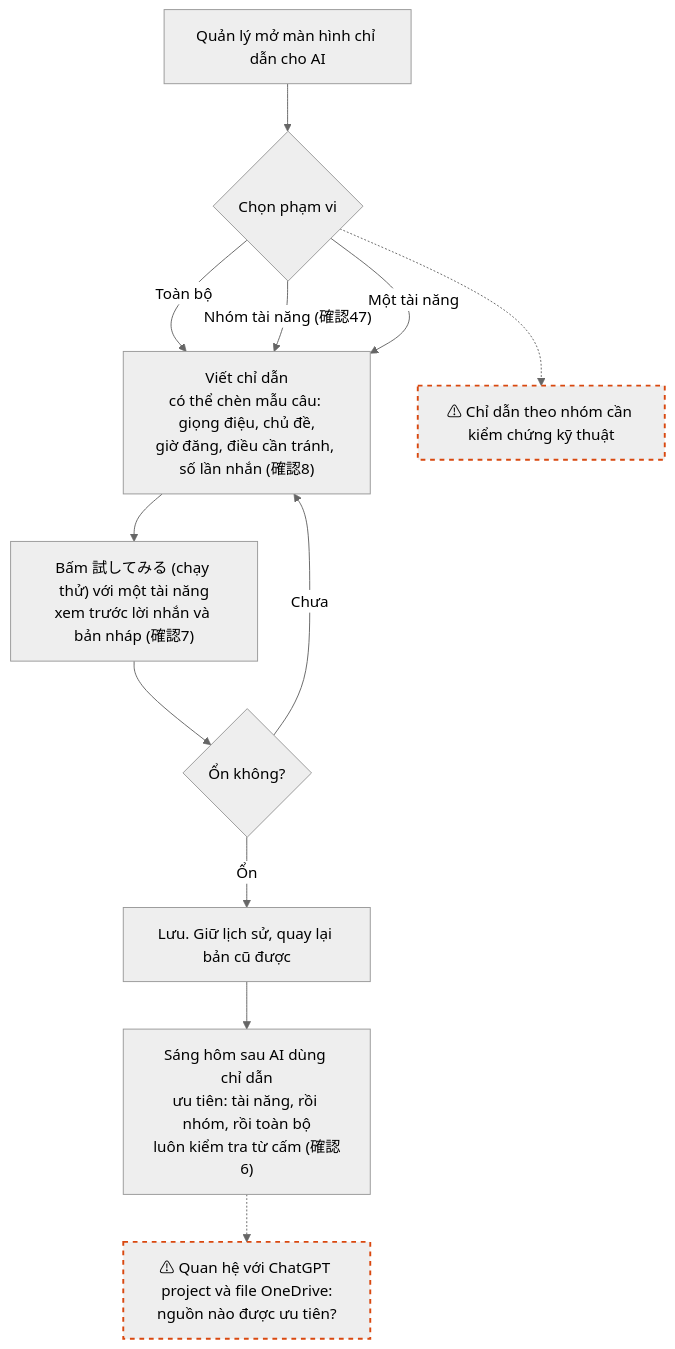
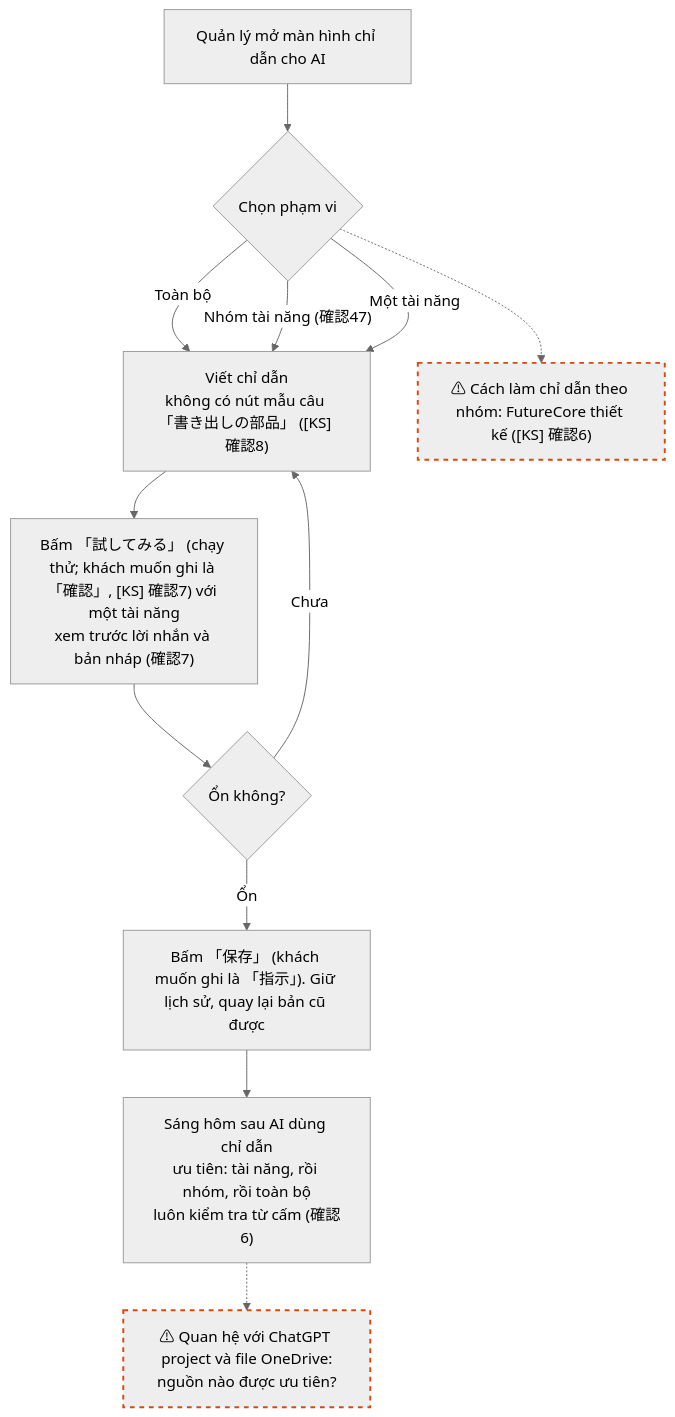
One commit to hailt-amcolab/ai_talent_os_docs changed diagram 11 of 11 in Phan_tich/06_Workflow.md. Above: the diagram before and after it, drawn with Mermaid (neutral theme). The commit also changed other lines of this file and 188 other files, not shown here.

````diff
--- a/Phan_tich/06_Workflow.md
+++ b/Phan_tich/06_Workflow.md
@@ -447,16 +465,16 @@
 ```mermaid
 flowchart TD
   A["Quản lý mở màn hình chỉ dẫn cho AI"] --> B{"Chọn phạm vi"}
   B -- "Toàn bộ" --> C
   B -- "Nhóm tài năng (確認47)" --> C
   B -- "Một tài năng" --> C
-  C["Viết chỉ dẫn<br/>có thể chèn mẫu câu: giọng điệu, chủ đề,<br/>giờ đăng, điều cần tránh, số lần nhắn (確認8)"] --> D["Bấm 試してみる (chạy thử) với một tài năng<br/>xem trước lời nhắn và bản nháp (確認7)"]
+  C["Viết chỉ dẫn<br/>không có nút mẫu câu 「書き出しの部品」 ([KS] 確認8)"] --> D["Bấm 「試してみる」 (chạy thử; khách muốn ghi là 「確認」, [KS] 確認7) với một tài năng<br/>xem trước lời nhắn và bản nháp (確認7)"]
   D --> E{"Ổn không?"}
   E -- "Chưa" --> C
-  E -- "Ổn" --> F["Lưu. Giữ lịch sử, quay lại bản cũ được"]
+  E -- "Ổn" --> F["Bấm 「保存」 (khách muốn ghi là 「指示」). Giữ lịch sử, quay lại bản cũ được"]
   F --> G["Sáng hôm sau AI dùng chỉ dẫn<br/>ưu tiên: tài năng, rồi nhóm, rồi toàn bộ<br/>luôn kiểm tra từ cấm (確認6)"]
-  B -.-> U["⚠ Chỉ dẫn theo nhóm cần kiểm chứng kỹ thuật"]
+  B -.-> U["⚠ Cách làm chỉ dẫn theo nhóm: FutureCore thiết kế ([KS] 確認6)"]
   G -.-> V["⚠ Quan hệ với ChatGPT project và file OneDrive:<br/>nguồn nào được ưu tiên?"]
   classDef unclear stroke:#d9480f,stroke-width:2px,stroke-dasharray:5 5
   class U,V unclear
 ```
````
